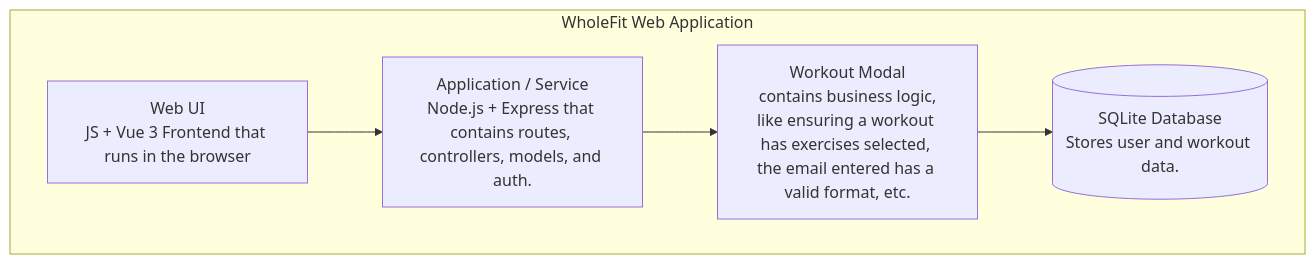
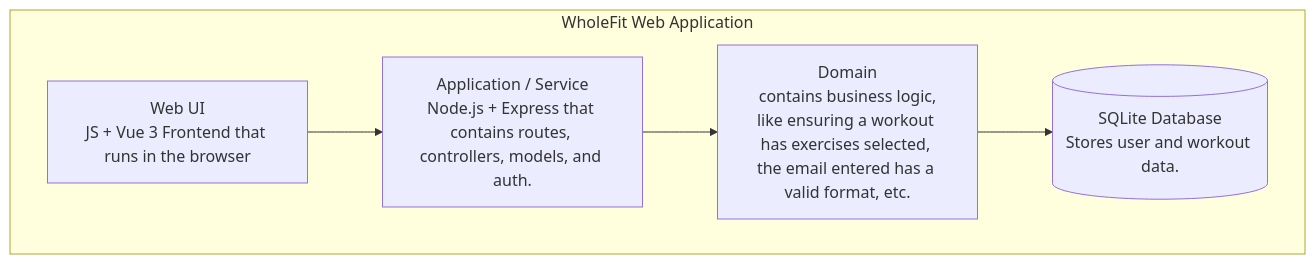
The second of 4 diagrams in README.md (GoldLion72/cen5064-project-lusbel), drawn with Mermaid before and after one commit.

````diff
--- a/README.md
+++ b/README.md
@@ -72,8 +72,8 @@
 ```mermaid
 flowchart TB
     subgraph WholeFit [WholeFit Web Application]
         ui[Web UI<br/>JS + Vue 3 Frontend that runs in the browser] --> api[Application / Service<br/>Node.js + Express that contains routes, controllers, models, and auth. ]
-        api --> domain[Workout Modal<br/> contains business logic, like ensuring a workout has exercises selected, the email entered has a valid format, etc.]
+        api --> domain[Domain<br/> contains business logic, like ensuring a workout has exercises selected, the email entered has a valid format, etc.]
         domain --> db[(SQLite Database<br/>Stores user and workout data.)]
     end
 ```
````
